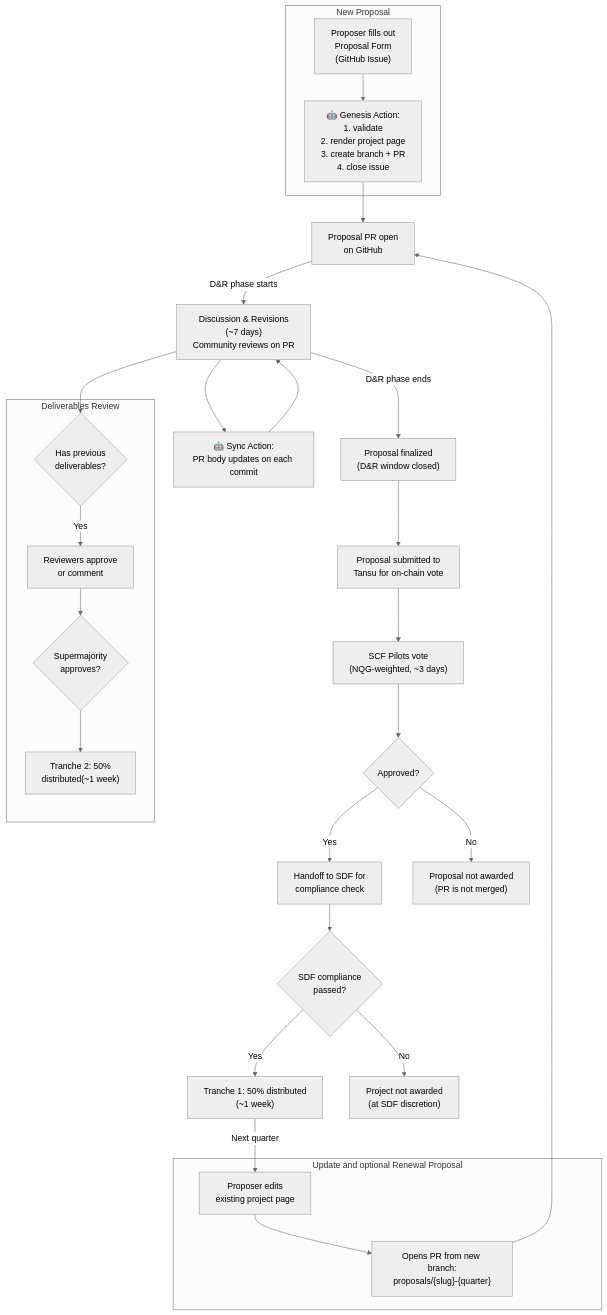
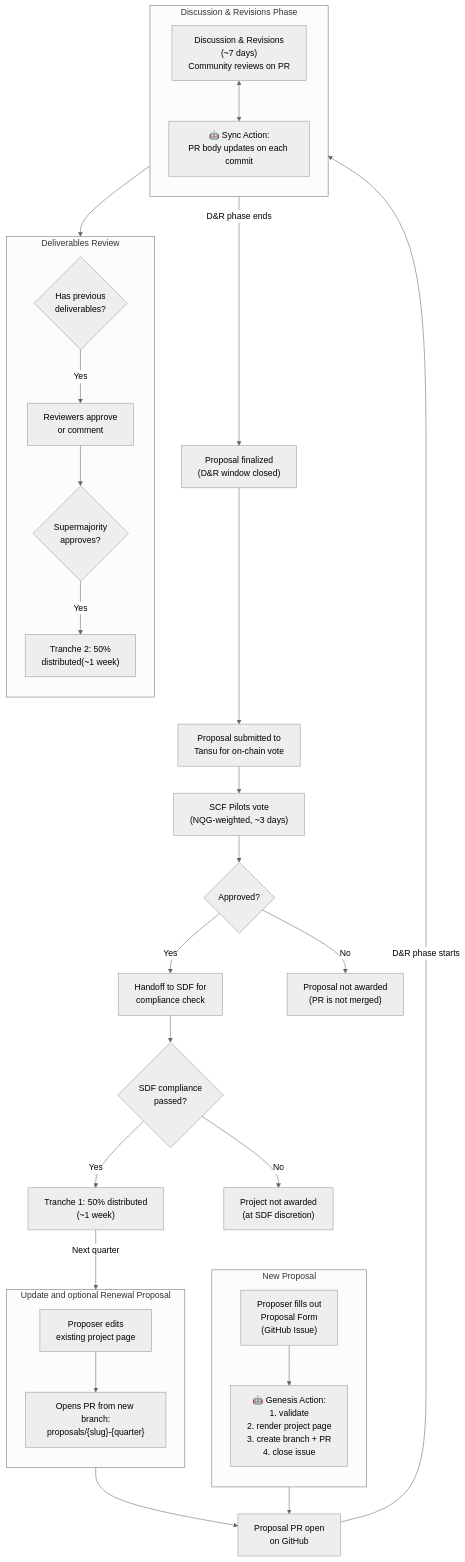
One commit to metagov/scf-public-goods-maintenance.github.io changed the second of 2 diagrams in docs/pg-award/proposer-instructions.md. Above: the diagram before and after it, drawn with Mermaid (neutral theme). The commit also changed other lines of this file and 1 other file, not shown here.

Commit message:
Mermaid: replace ABC soup with semantic names

````diff
--- a/docs/pg-award/proposer-instructions.md
+++ b/docs/pg-award/proposer-instructions.md
@@ -72,30 +82,56 @@
 ```mermaid
 flowchart TD
-    subgraph new ["New Proposal"]
-        A1["Proposer fills out\nProposal Form\n(GitHub Issue)"] --> B1["🤖 Genesis Action:\n1. validate\n2. render project page\n3. create branch + PR\n4. close issue"]
+    %% SUBGRAPH: INTAKE
+    subgraph NewProposal ["New Proposal"]
+        direction TB
+        IntakeForm["Proposer fills out\nProposal Form\n(GitHub Issue)"] --> GenesisAction["🤖 Genesis Action:\n1. validate\n2. render project page\n3. create branch + PR\n4. close issue"]
     end
-    subgraph renewal ["Update and optional Renewal Proposal"]
-        A2["Proposer edits\nexisting project page"] --> B2["Opens PR from new branch:\nproposals/{slug}-{quarter}"]
+
+    %% SUBGRAPH: RENEWAL
+    subgraph RenewalFlow ["Update and optional Renewal Proposal"]
+        direction TB
+        EditPage["Proposer edits\nexisting project page"] --> RenewalPR["Opens PR from new branch:\nproposals/{slug}-{quarter}"]
     end
-    B1 --> C["Proposal PR open\non GitHub"]
-    B2 --> C
-    C -->|"D&R phase starts"| D["Discussion & Revisions\n(~7 days)\nCommunity reviews on PR"]
-    D --> E["🤖 Sync Action:\nPR body updates on each commit"]
-    E --> D
-    D -->|"D&R phase ends"| F["Proposal finalized\n(D&R window closed)"]
-    F --> G["Proposal submitted to\nTansu for on-chain vote"]
-    G --> H["SCF Pilots vote\n(NQG-weighted, ~3 days)"]
-    H --> J{"Approved?"}
-    J -->|"Yes"| K["Handoff to SDF for\ncompliance check"]
-    J -->|"No"| L["Proposal not awarded\n(PR is not merged)"]
-    K --> M{"SDF compliance\npassed?"}
-    M -->|"Yes"| N["Tranche 1: 50% distributed\n(~1 week)"]
-    M -->|"No"| O["Project not awarded\n(at SDF discretion)"]
-    N -->|"Next quarter"| A2
-    D --> S{"Has previous\ndeliverables?"}
-    subgraph review ["Deliverables Review"]
-        S -->|"Yes"| T["Reviewers approve\n or comment"]
-        T --> U{"Supermajority\napproves?"}
-        U --> V["Tranche 2: 50% \ndistributed(~1 week)"]
+
+    %% PR ENTRY
+    GenesisAction --> ProposalPR
+    RenewalPR --> ProposalPR
+    ProposalPR["Proposal PR open\non GitHub"] --> |"D&R phase starts"| DiscRev
+
+    %% DISCUSSION & SYNC (Stacked Vertically)
+    subgraph DiscussionPhase ["Discussion & Revisions Phase"]
+        direction TB
+        DiscRev["Discussion & Revisions\n(~7 days)\nCommunity reviews on PR"]
+        SyncAction["🤖 Sync Action:\nPR body updates on each commit"]
+        DiscRev <--> SyncAction
     end
+
+    %% DELIVERABLES BRANCH (Semantic: Branches from Discussion)
+    DiscRev --> CheckDeliverables{"Has previous\ndeliverables?"}
+
+    subgraph DeliverablesReview ["Deliverables Review"]
+        direction TB
+        CheckDeliverables --> |"Yes"| RevReview["Reviewers approve\n or comment"]
+        RevReview --> Supermajority{"Supermajority\napproves?"}
+        Supermajority --> |"Yes"| Tranche2["Tranche 2: 50% \ndistributed(~1 week)"]
+    end
+
+    %% VOTING PATH (Semantic: Follows D&R End)
+    DiscRev --> |"D&R phase ends"| Finalized["Proposal finalized\n(D&R window closed)"]
+
+    Finalized --> TansuVote["Proposal submitted to\nTansu for on-chain vote"]
+    TansuVote --> PilotsVote["SCF Pilots vote\n(NQG-weighted, ~3 days)"]
+    PilotsVote --> VoteOutcome{"Approved?"}
+
+    %% FINAL OUTCOMES
+    VoteOutcome --> |"Yes"| Compliance["Handoff to SDF for\ncompliance check"]
+    VoteOutcome --> |"No"| Rejected["Proposal not awarded\n(PR is not merged)"]
+
+    Compliance --> ComplianceOutcome{"SDF compliance\npassed?"}
+
+    ComplianceOutcome --> |"Yes"| Tranche1["Tranche 1: 50% distributed\n(~1 week)"]
+    ComplianceOutcome --> |"No"| SDFRejected["Project not awarded\n(at SDF discretion)"]
+
+    %% NEXT QUARTER LOOP
+    Tranche1 --> |"Next quarter"| EditPage
 ```
````
